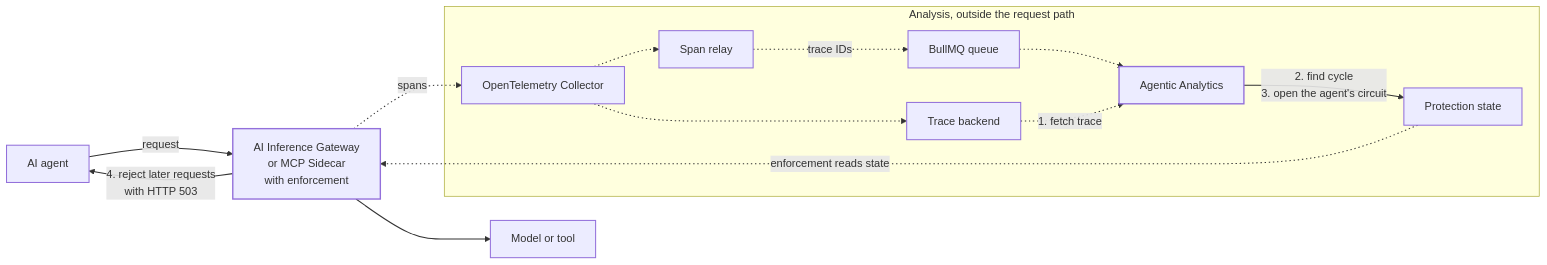
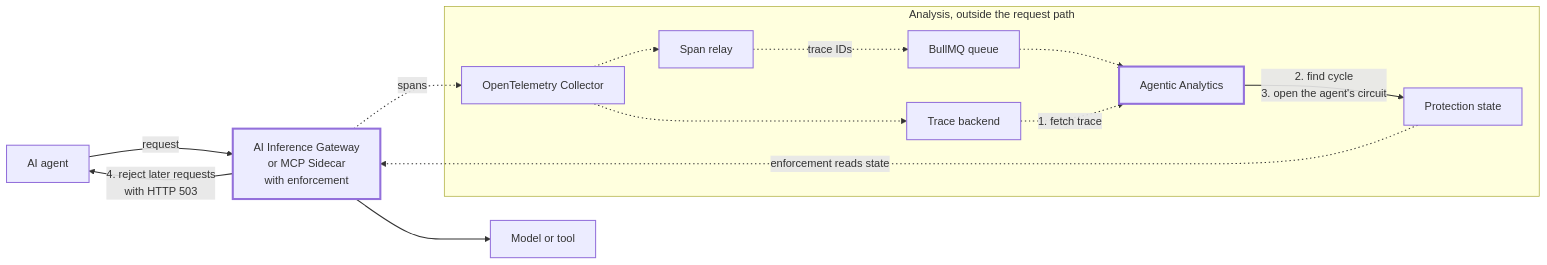
One commit to hashicorp/web-unified-docs changed the diagram in content/consul/v2.1.x/diagram-sources/cycle-detection-workflow.mmd. Above: the diagram before and after it, drawn with Mermaid. The commit also changed 34 other files, not shown here.

First line of the commit message:
Raise diagram contrast and add a non-color cue for ARF components

```diff
--- a/content/consul/v2.1.x/diagram-sources/cycle-detection-workflow.mmd
+++ b/content/consul/v2.1.x/diagram-sources/cycle-detection-workflow.mmd
@@ -1,31 +1,31 @@
 flowchart LR
   agent["AI agent"]
   proxy["AI Inference Gateway<br/>or MCP Sidecar<br/>with enforcement"]
   upstream["Model or tool"]
   subgraph analysis["Analysis, outside the request path"]
     otel["OpenTelemetry Collector"]
     backend["Trace backend"]
     relay["Span relay"]
     queue["BullMQ queue"]
     analytics["Agentic Analytics"]
     state["Protection state"]
   end
 
   agent -->|request| proxy
   proxy --> upstream
   proxy -.->|spans| otel
   otel -.-> backend
   otel -.-> relay
   relay -.->|trace IDs| queue
   queue -.-> analytics
   backend -.->|1. fetch trace| analytics
   analytics -->|2. find cycle<br/>3. open the agent's circuit| state
   state -.->|enforcement reads state| proxy
   proxy -->|4. reject later requests<br/>with HTTP 503| agent
 
   classDef default fill:$node,stroke:$node_border,stroke-width:1.5px,color:$text
-  classDef arfc fill:$node,stroke:$accent_border,stroke-width:2px,color:$text
+  classDef arfc fill:$node,stroke:$accent_border,stroke-width:3px,color:$text
   class proxy,analytics arfc
   style analysis fill:$cluster,stroke:$cluster_border,stroke-width:1px,color:$text
   linkStyle 0,1,8,10 stroke:$line,stroke-width:1.5px
   linkStyle 2,3,4,5,6,7,9 stroke:$line,stroke-width:1.5px,stroke-dasharray:2 4
```
